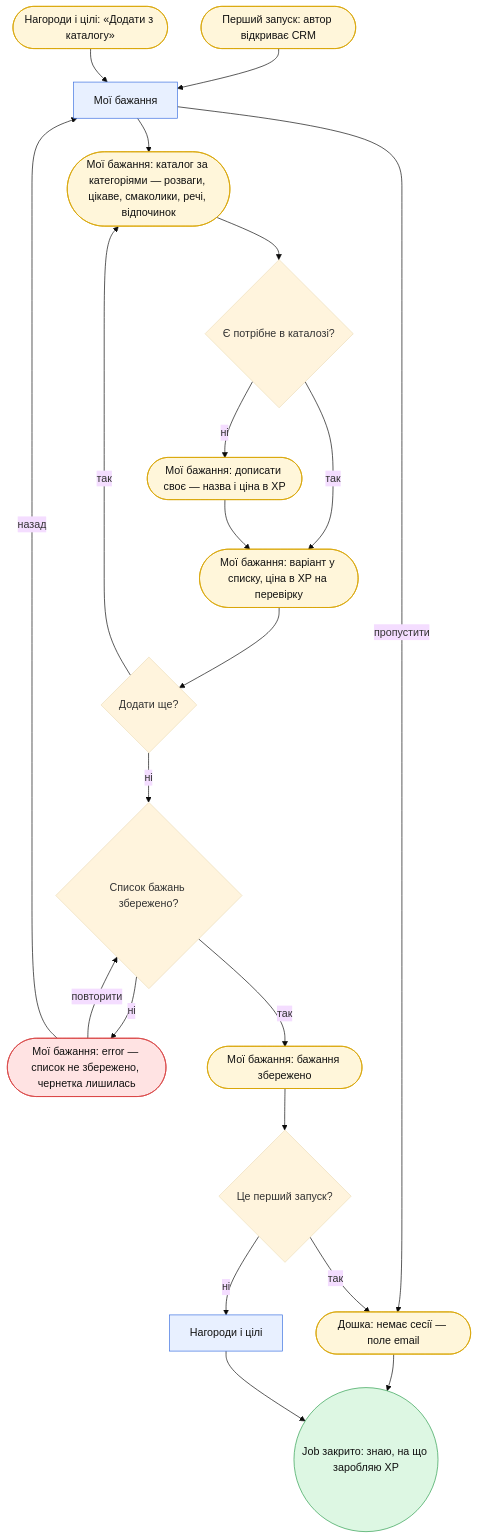
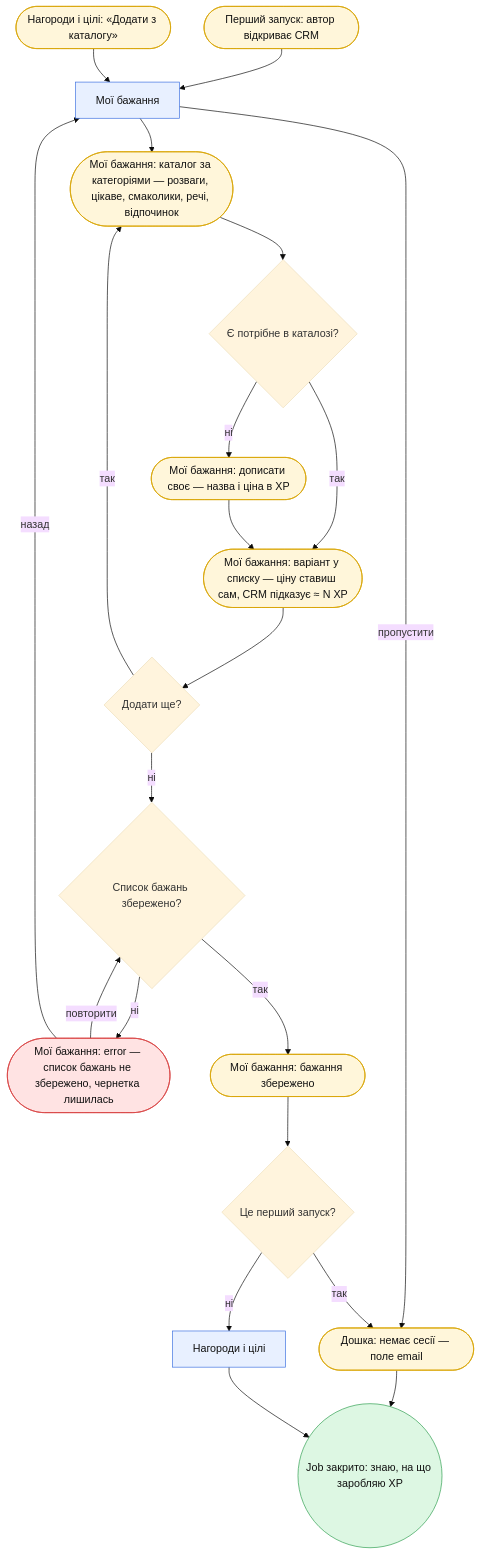
The sixth of 7 diagrams in flows.md (natocheiev/crm-mmmy), drawn with Mermaid (base theme) before and after one commit. The commit also changed other lines of this file and 16 other files, not shown here.

````diff
--- a/flows.md
+++ b/flows.md
@@ -523,32 +523,32 @@
 ```mermaid
 flowchart TD
     START(["Перший запуск: автор відкриває CRM"]) --> WISHES["Мої бажання"]
     REWARDS_IN(["Нагороди і цілі: «Додати з каталогу»"]) --> WISHES
     WISHES --> WISHES_FILTER(["Мої бажання: каталог за категоріями — розваги, цікаве, смаколики, речі, відпочинок"])
     WISHES -->|пропустити| LOGIN(["Дошка: немає сесії — поле email"])
     WISHES_FILTER --> Q_PICK{"Є потрібне в каталозі?"}
-    Q_PICK -->|так| WISHES_ADD(["Мої бажання: варіант у списку, ціна в XP на перевірку"])
+    Q_PICK -->|так| WISHES_ADD(["Мої бажання: варіант у списку — ціну ставиш сам, CRM підказує ≈ N XP"])
     Q_PICK -->|ні| WISHES_OWN(["Мої бажання: дописати своє — назва і ціна в XP"])
     WISHES_OWN --> WISHES_ADD
     WISHES_ADD --> Q_MORE{"Додати ще?"}
     Q_MORE -->|так| WISHES_FILTER
     Q_MORE -->|ні| Q_SAVE_W{"Список бажань збережено?"}
-    Q_SAVE_W -->|ні| WISHES_ERR(["Мої бажання: error — список не збережено, чернетка лишилась"])
+    Q_SAVE_W -->|ні| WISHES_ERR(["Мої бажання: error — список бажань не збережено, чернетка лишилась"])
     WISHES_ERR -->|повторити| Q_SAVE_W
     WISHES_ERR -->|назад| WISHES
     Q_SAVE_W -->|так| WISHES_DONE(["Мої бажання: бажання збережено"])
     WISHES_DONE --> Q_FIRST{"Це перший запуск?"}
     Q_FIRST -->|так| LOGIN
     Q_FIRST -->|ні| REWARDS["Нагороди і цілі"]
     LOGIN --> OK(("Job закрито: знаю, на що заробляю XP"))
     REWARDS --> OK
 
     classDef screen fill:#E8F0FF,stroke:#3B6FE0,color:#111
     classDef state fill:#FFF6DA,stroke:#D9A400,color:#111
     classDef err fill:#FFE3E3,stroke:#D94141,color:#111
     classDef ok fill:#DDF7E3,stroke:#2E9E4F,color:#111
     class WISHES,REWARDS screen
     class START,REWARDS_IN,WISHES_FILTER,LOGIN,WISHES_ADD,WISHES_OWN,WISHES_DONE state
     class WISHES_ERR err
     class OK ok
 ```
````
